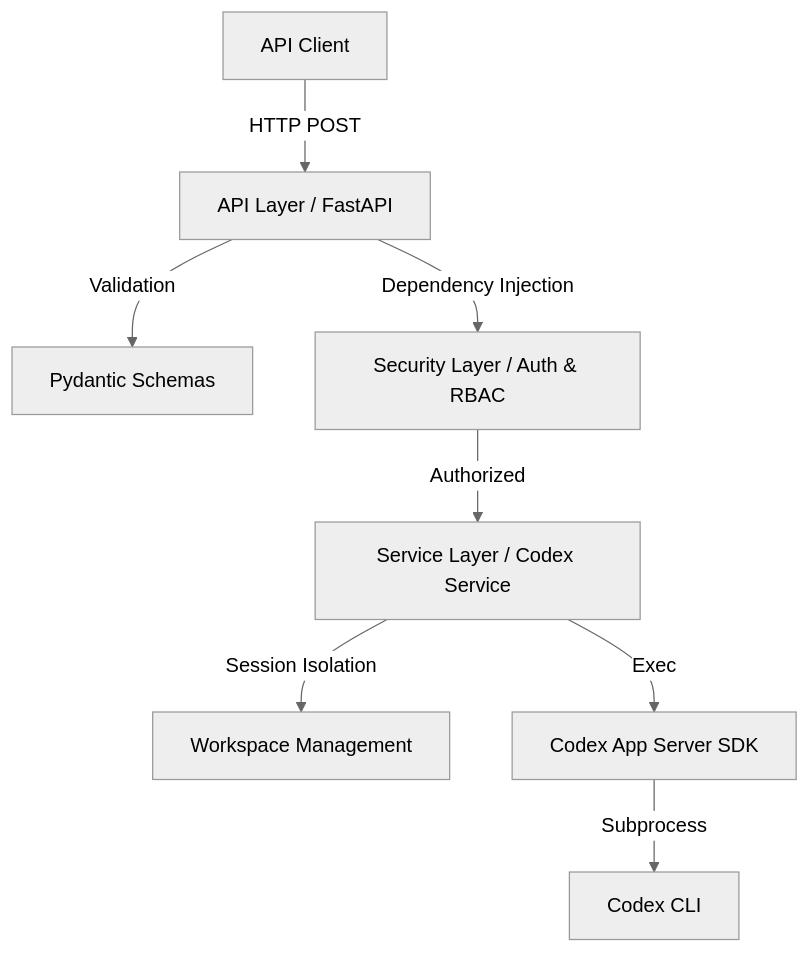
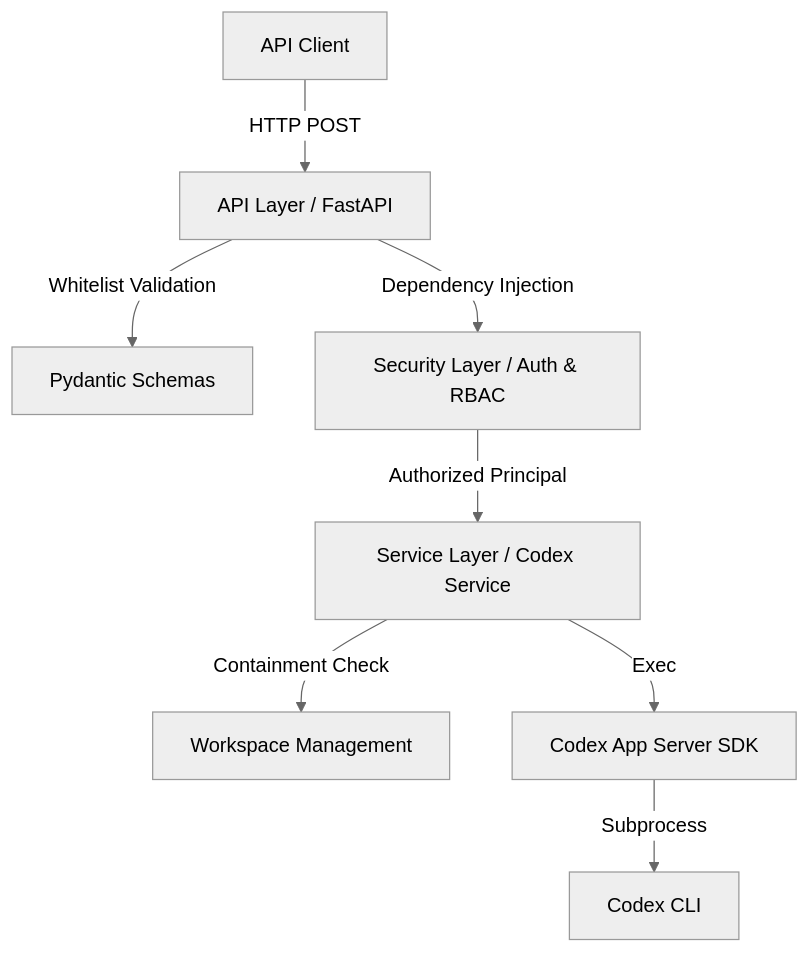
The diagram in README.md (RainerGa/AIExecutionGateway), drawn with Mermaid (neutral theme) before and after one commit. The commit also changed other lines of this file and 1 other file, not shown here.

````diff
--- a/README.md
+++ b/README.md
@@ -31,10 +34,10 @@
 ```mermaid
 graph TD
     Client[API Client] -->|HTTP POST| API[API Layer / FastAPI]
-    API -->|Validation| Schema[Pydantic Schemas]
+    API -->|Whitelist Validation| Schema[Pydantic Schemas]
     API -->|Dependency Injection| Security[Security Layer / Auth & RBAC]
-    Security -->|Authorized| Service[Service Layer / Codex Service]
-    Service -->|Session Isolation| Workspace[Workspace Management]
+    Security -->|Authorized Principal| Service[Service Layer / Codex Service]
+    Service -->|Containment Check| Workspace[Workspace Management]
     Service -->|Exec| SDK[Codex App Server SDK]
     SDK -->|Subprocess| CLI[Codex CLI]
 ```
````
